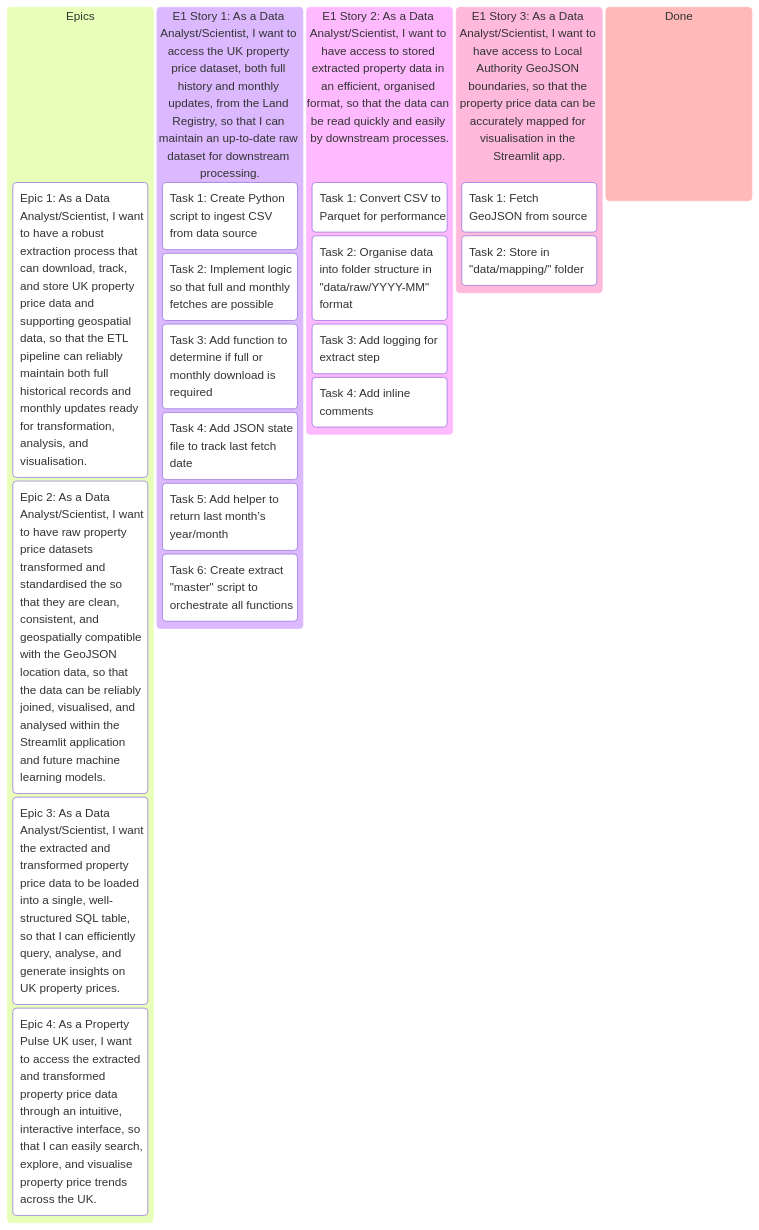
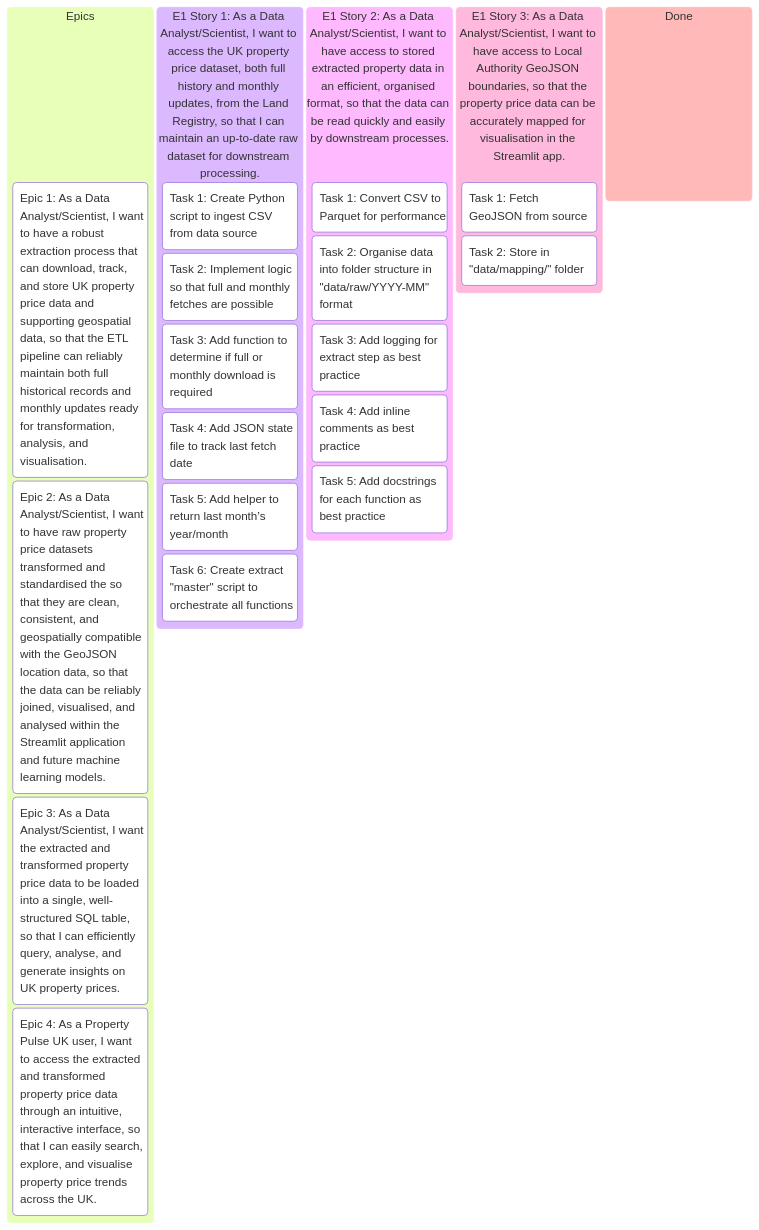
Before and after one commit to pavlekovic/property-pulse-uk: the first of 2 diagrams in README.md, drawn with Mermaid. The commit also changed 2 other files, not shown here.

Commit message:
fetch_data.py script

````diff
--- a/README.md
+++ b/README.md
@@ -179,31 +179,32 @@
 ```mermaid
 kanban
     Epics
         (Epic 1: As a Data Analyst/Scientist, I want to have a robust extraction process that can download, track, and store UK property price data and supporting geospatial data, so that the ETL pipeline can reliably maintain both full historical records and monthly updates ready for transformation, analysis, and visualisation.)
 
         (Epic 2: As a Data Analyst/Scientist, I want to have raw property price datasets transformed and standardised the so that they are clean, consistent, and geospatially compatible with the GeoJSON location data, so that the data can be reliably joined, visualised, and analysed within the Streamlit application and future machine learning models.)
 
         (Epic 3: As a Data Analyst/Scientist, I want the extracted and transformed property price data to be loaded into a single, well-structured SQL table, so that I can efficiently query, analyse, and generate insights on UK property prices.)
 
         (Epic 4: As a Property Pulse UK user, I want to access the extracted and transformed property price data through an intuitive, interactive interface, so that I can easily search, explore, and visualise property price trends across the UK.)
 
     (E1 Story 1: As a Data Analyst/Scientist, I want to access the UK property price dataset, both full history and monthly updates, from the Land Registry, so that I can maintain an up-to-date raw dataset for downstream processing.)
         Task 1: Create Python script to ingest CSV from data source
         Task 2: Implement logic so that full and monthly fetches are possible
         Task 3: Add function to determine if full or monthly download is required
         Task 4: Add JSON state file to track last fetch date
         Task 5: Add helper to return last month’s year/month
         Task 6: Create extract "master" script to orchestrate all functions
 
     (E1 Story 2: As a Data Analyst/Scientist, I want to have access to stored extracted property data in an efficient, organised format, so that the data can be read quickly and easily by downstream processes.)
         Task 1: Convert CSV to Parquet for performance
         Task 2: Organise data into folder structure in "data/raw/YYYY-MM" format
-        Task 3: Add logging for extract step
-        Task 4: Add inline comments
+        Task 3: Add logging for extract step as best practice
+        Task 4: Add inline comments as best practice
+        Task 5: Add docstrings for each function as best practice
 
     (E1 Story 3: As a Data Analyst/Scientist, I want to have access to Local Authority GeoJSON boundaries, so that the property price data can be accurately mapped for visualisation in the Streamlit app.)
         Task 1: Fetch GeoJSON from source
         Task 2: Store in "data/mapping/" folder
 
     Done
 ```
````
